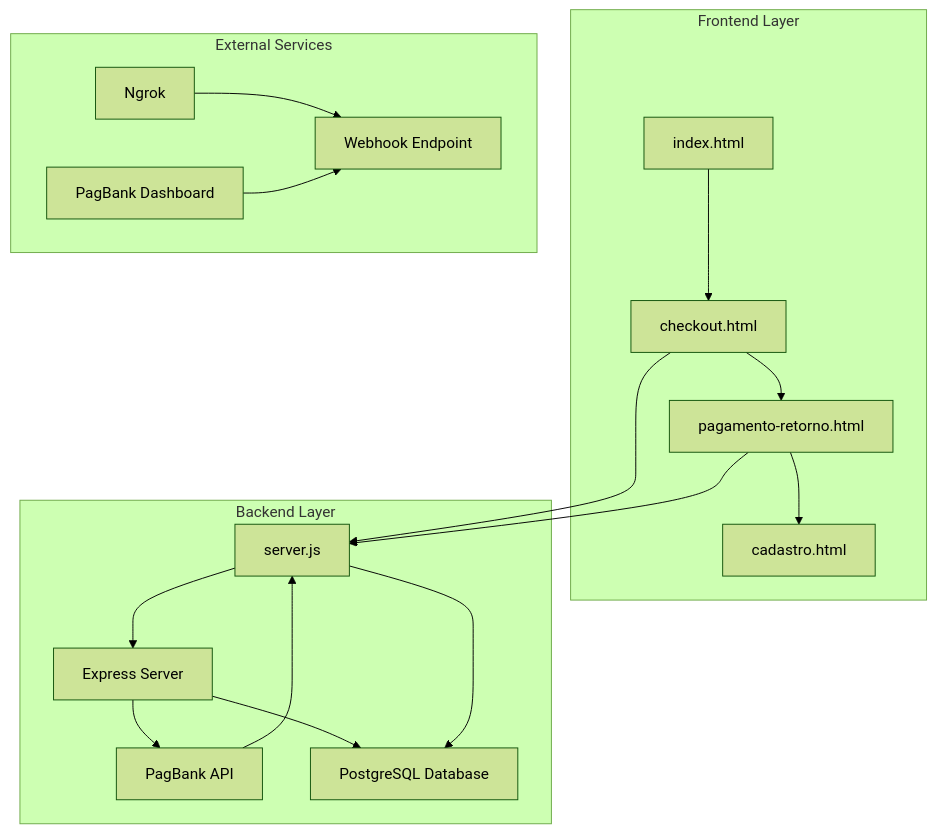
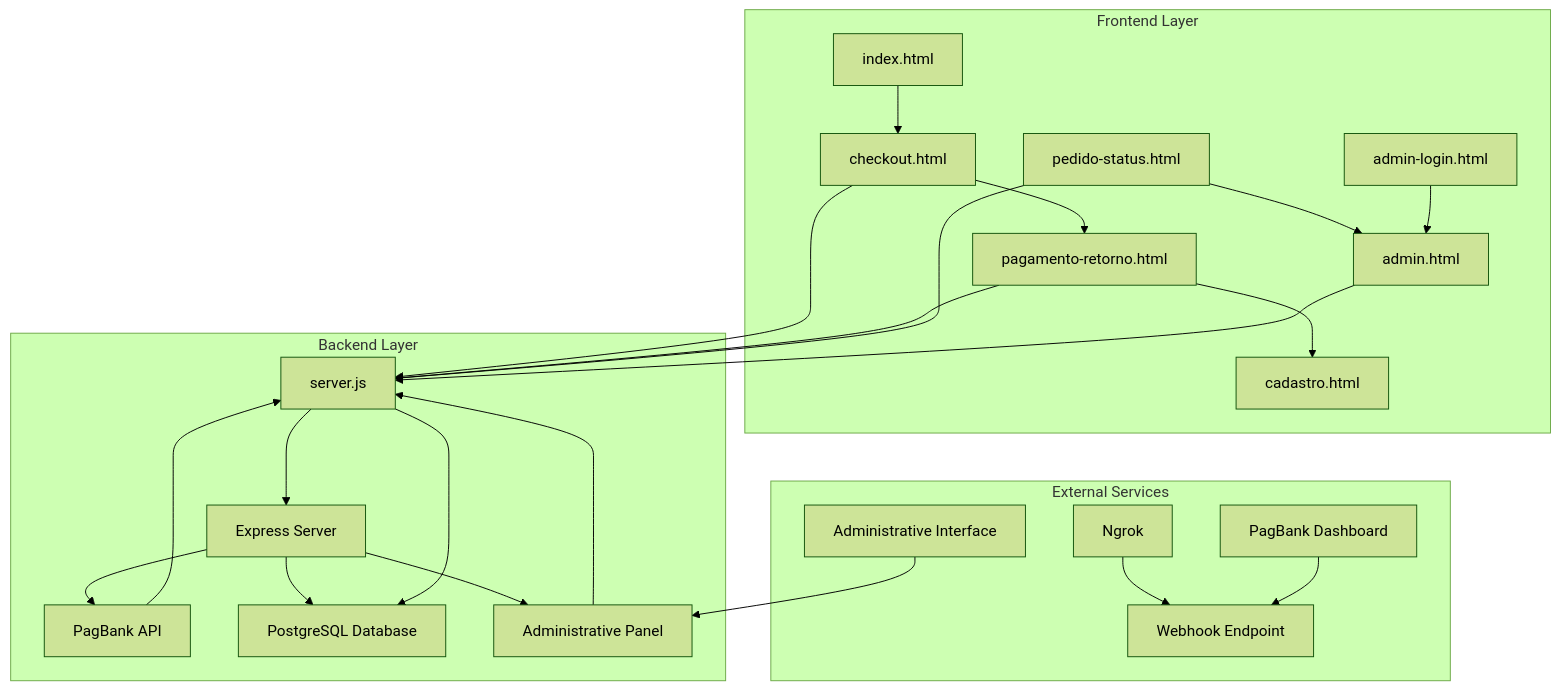
The first of 14 diagrams in .qoder/repowiki/en/content/Payment System Architecture/Payment System Architecture.md (Alexandrexicara/qretiquetas.com), drawn with Mermaid (forest theme) before and after one commit. The commit also changed other lines of this file and 6 other files, not shown here.

````diff
--- a/.qoder/repowiki/en/content/Payment System Architecture/Payment System Architecture.md
+++ b/.qoder/repowiki/en/content/Payment System Architecture/Payment System Architecture.md
@@ -38,21 +54,28 @@
 ```mermaid
 graph TB
 subgraph "Frontend Layer"
 A[index.html] --> B[checkout.html]
 B --> C[pagamento-retorno.html]
 C --> D[cadastro.html]
+E[pedido-status.html] --> F[admin.html]
+G[admin-login.html] --> F
 end
 subgraph "Backend Layer"
-E[server.js] --> F[Express Server]
-F --> G[PagBank API]
-F --> H[PostgreSQL Database]
+H[server.js] --> I[Express Server]
+I --> J[PagBank API]
+I --> K[PostgreSQL Database]
+I --> L[Administrative Panel]
 end
 subgraph "External Services"
-I[Ngrok] --> J[Webhook Endpoint]
-K[PagBank Dashboard] --> J
+M[Ngrok] --> N[Webhook Endpoint]
+O[PagBank Dashboard] --> N
+P[Administrative Interface] --> L
 end
-B --> E
-C --> E
+B --> H
+C --> H
 E --> H
-G --> E
+F --> H
+H --> K
+J --> H
+L --> H
 ```
````
